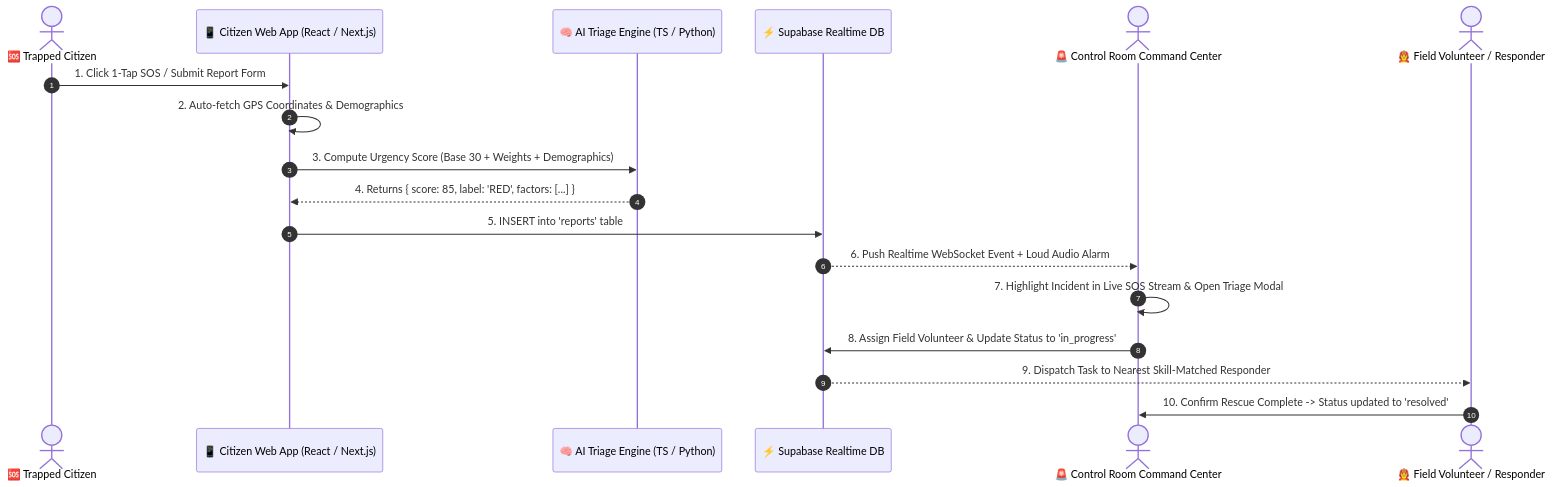
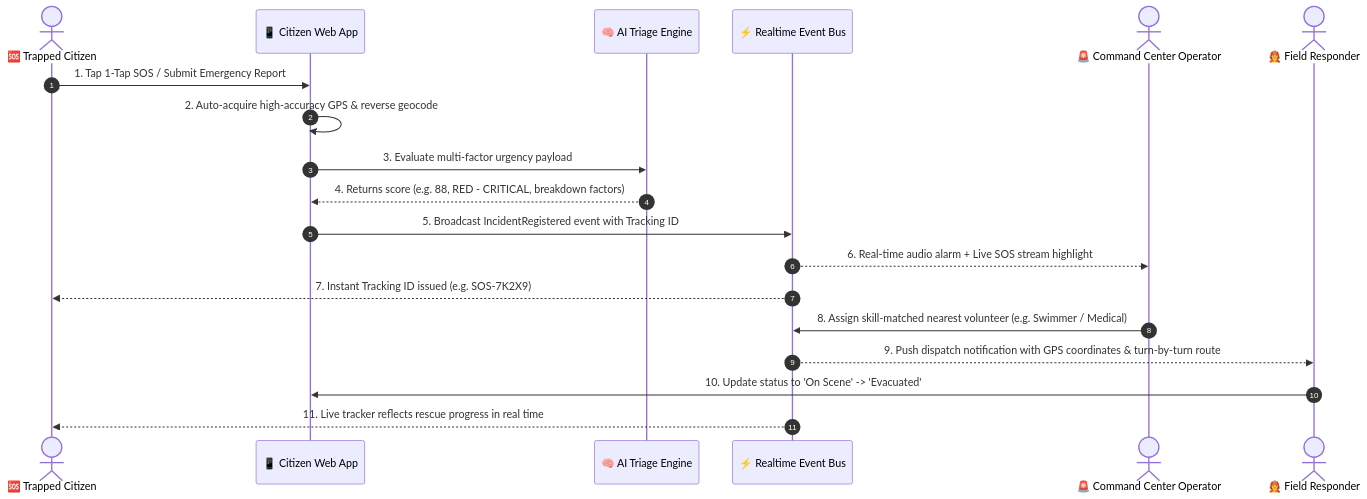
The second of 7 diagrams in README.md (MrinallSamal-byte/SIH), drawn with Mermaid before and after one commit. The commit also changed other lines of this file, not shown here.

Commit message:
docs: update README.md with comprehensive feature matrix and accurate system flow diagrams

````diff
--- a/README.md
+++ b/README.md
@@ -77,21 +96,22 @@
 ```mermaid
 sequenceDiagram
     autonumber
     actor Victim as 🆘 Trapped Citizen
-    participant Client as 📱 Citizen Web App (React / Next.js)
-    participant Triage as 🧠 AI Triage Engine (TS / Python)
-    participant Supabase as ⚡ Supabase Realtime DB
-    actor Admin as 🚨 Control Room Command Center
-    actor Rescuer as 🧑‍🚒 Field Volunteer / Responder
+    participant WebApp as 📱 Citizen Web App
+    participant AI as 🧠 AI Triage Engine
+    participant EventBus as ⚡ Realtime Event Bus
+    actor Admin as 🚨 Command Center Operator
+    actor Volunteer as 🧑‍🚒 Field Responder
 
-    Victim->>Client: 1. Click 1-Tap SOS / Submit Report Form
-    Client->>Client: 2. Auto-fetch GPS Coordinates & Demographics
-    Client->>Triage: 3. Compute Urgency Score (Base 30 + Weights + Demographics)
-    Triage-->>Client: 4. Returns { score: 85, label: 'RED', factors: [...] }
-    Client->>Supabase: 5. INSERT into 'reports' table
-    Supabase-->>Admin: 6. Push Realtime WebSocket Event + Loud Audio Alarm
-    Admin->>Admin: 7. Highlight Incident in Live SOS Stream & Open Triage Modal
-    Admin->>Supabase: 8. Assign Field Volunteer & Update Status to 'in_progress'
-    Supabase-->>Rescuer: 9. Dispatch Task to Nearest Skill-Matched Responder
-    Rescuer->>Admin: 10. Confirm Rescue Complete -> Status updated to 'resolved'
+    Victim->>WebApp: 1. Tap 1-Tap SOS / Submit Emergency Report
+    WebApp->>WebApp: 2. Auto-acquire high-accuracy GPS & reverse geocode
+    WebApp->>AI: 3. Evaluate multi-factor urgency payload
+    AI-->>WebApp: 4. Returns score (e.g. 88, RED - CRITICAL, breakdown factors)
+    WebApp->>EventBus: 5. Broadcast IncidentRegistered event with Tracking ID
+    EventBus-->>Admin: 6. Real-time audio alarm + Live SOS stream highlight
+    EventBus-->>Victim: 7. Instant Tracking ID issued (e.g. SOS-7K2X9)
+    Admin->>EventBus: 8. Assign skill-matched nearest volunteer (e.g. Swimmer / Medical)
+    EventBus-->>Volunteer: 9. Push dispatch notification with GPS coordinates & turn-by-turn route
+    Volunteer->>WebApp: 10. Update status to 'On Scene' -> 'Evacuated'
+    EventBus-->>Victim: 11. Live tracker reflects rescue progress in real time
 ```
````
